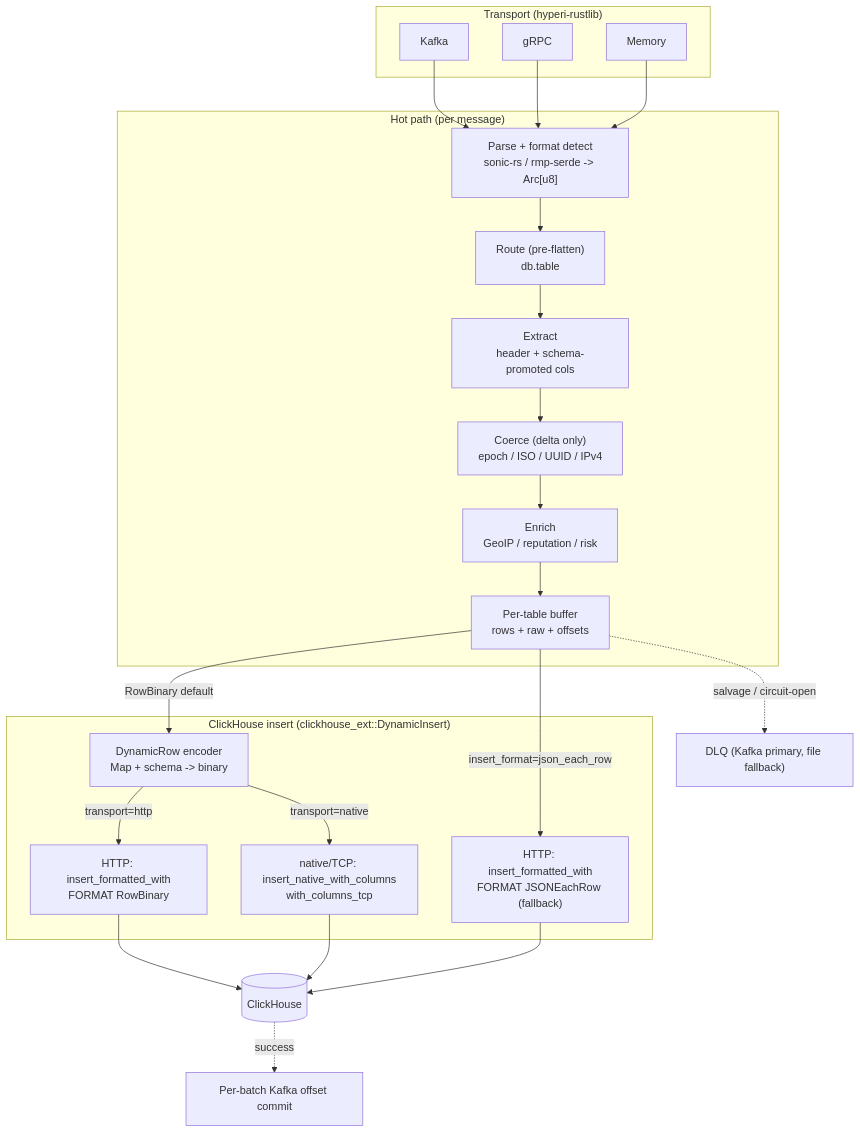
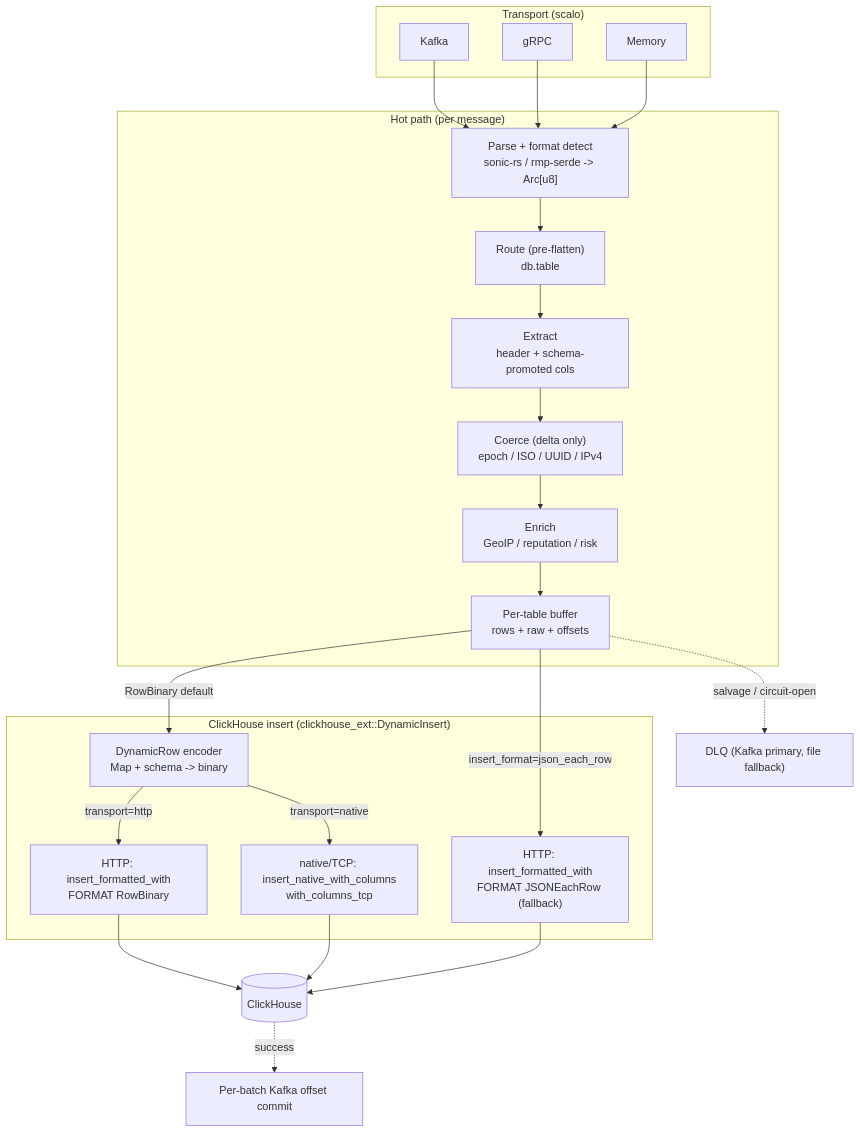
The diagram in docs/README.md (hyperi-io/dfe-loader), drawn with Mermaid before and after one commit. The commit also changed 6 other files, not shown here.

First line of the commit message:
docs: rename hyperi-rustlib refs to scalo

````diff
--- a/docs/README.md
+++ b/docs/README.md
@@ -42,35 +42,35 @@
 ```mermaid
 flowchart TB
-    subgraph Ingress["Transport (hyperi-rustlib)"]
+    subgraph Ingress["Transport (scalo)"]
         K["Kafka"]
         G["gRPC"]
         M["Memory"]
     end
 
     subgraph Hot["Hot path (per message)"]
         P["Parse + format detect<br/>sonic-rs / rmp-serde -> Arc[u8]"]
         R["Route (pre-flatten)<br/>db.table"]
         X["Extract<br/>header + schema-promoted cols"]
         C["Coerce (delta only)<br/>epoch / ISO / UUID / IPv4"]
         E["Enrich<br/>GeoIP / reputation / risk"]
         B["Per-table buffer<br/>rows + raw + offsets"]
     end
 
     subgraph Sink["ClickHouse insert (clickhouse_ext::DynamicInsert)"]
         CE["DynamicRow encoder<br/>Map + schema -> binary"]
         HTTP["HTTP: insert_formatted_with<br/>FORMAT RowBinary"]
         TCP["native/TCP: insert_native_with_columns<br/>with_columns_tcp"]
         JF["HTTP: insert_formatted_with<br/>FORMAT JSONEachRow (fallback)"]
     end
 
     CH[("ClickHouse")]
     DLQ["DLQ (Kafka primary, file fallback)"]
 
     K & G & M --> P --> R --> X --> C --> E --> B
     B -->|RowBinary default| CE
     CE -->|transport=http| HTTP --> CH
     CE -->|transport=native| TCP --> CH
     B -->|insert_format=json_each_row| JF --> CH
     B -.salvage / circuit-open.-> DLQ
     CH -.success.-> Commit["Per-batch Kafka offset commit"]
 ```
````
